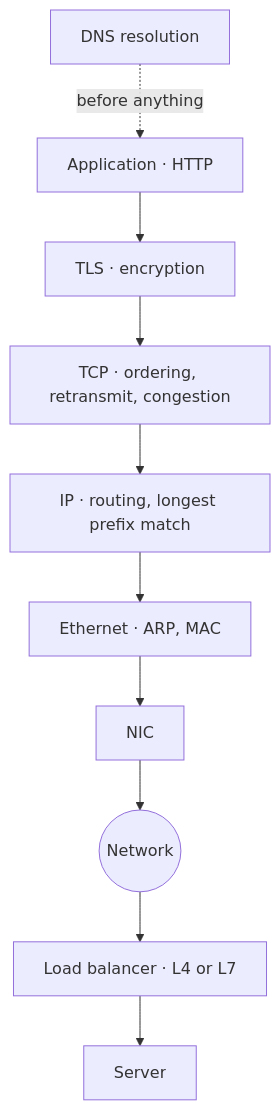
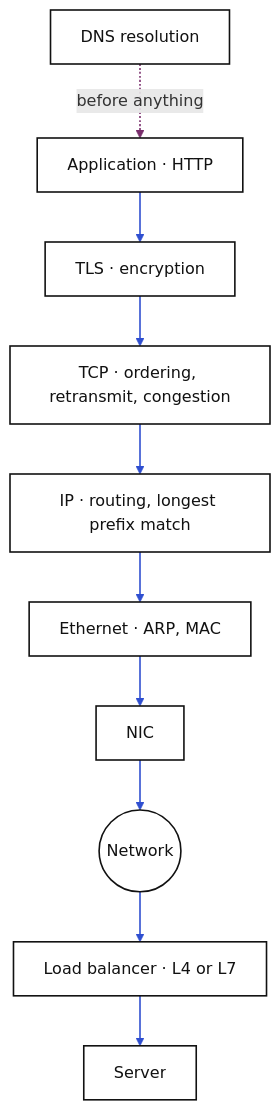
Before and after one commit to kkanakka/kkanakka.github.io: the diagram in diagrams-src/networking/architecture.mmd, drawn with Mermaid. The commit also changed 115 other files, not shown here.

First line of the commit message:
Restyle architecture diagrams: black on white, blue sync, purple async

```diff
--- a/diagrams-src/networking/architecture.mmd
+++ b/diagrams-src/networking/architecture.mmd
@@ -1,12 +1,17 @@
 %% section: One web request, layer by layer
 %% caption: Architecture
 flowchart TB
     APP["Application · HTTP"] --> TLS["TLS · encryption"]
     TLS --> TCP["TCP · ordering, retransmit, congestion"]
     TCP --> IP["IP · routing, longest prefix match"]
     IP --> L2["Ethernet · ARP, MAC"]
     L2 --> NIC["NIC"]
     NIC --> NET(("Network"))
     NET --> LB["Load balancer · L4 or L7"]
     LB --> SRV["Server"]
     DNSR["DNS resolution"] -.before anything.-> APP
+%% --- style (generated by scripts/style-flowcharts.js) ---
+    classDef n fill:#ffffff,stroke:#111111,stroke-width:1.6px,color:#111111;
+    class APP,TLS,TCP,IP,L2,NIC,NET,LB,SRV,DNSR n;
+    linkStyle 0,1,2,3,4,5,6,7 stroke:#2f4fd0,stroke-width:1.6px;
+    linkStyle 8 stroke:#7a2f6d,stroke-width:1.6px;
```
